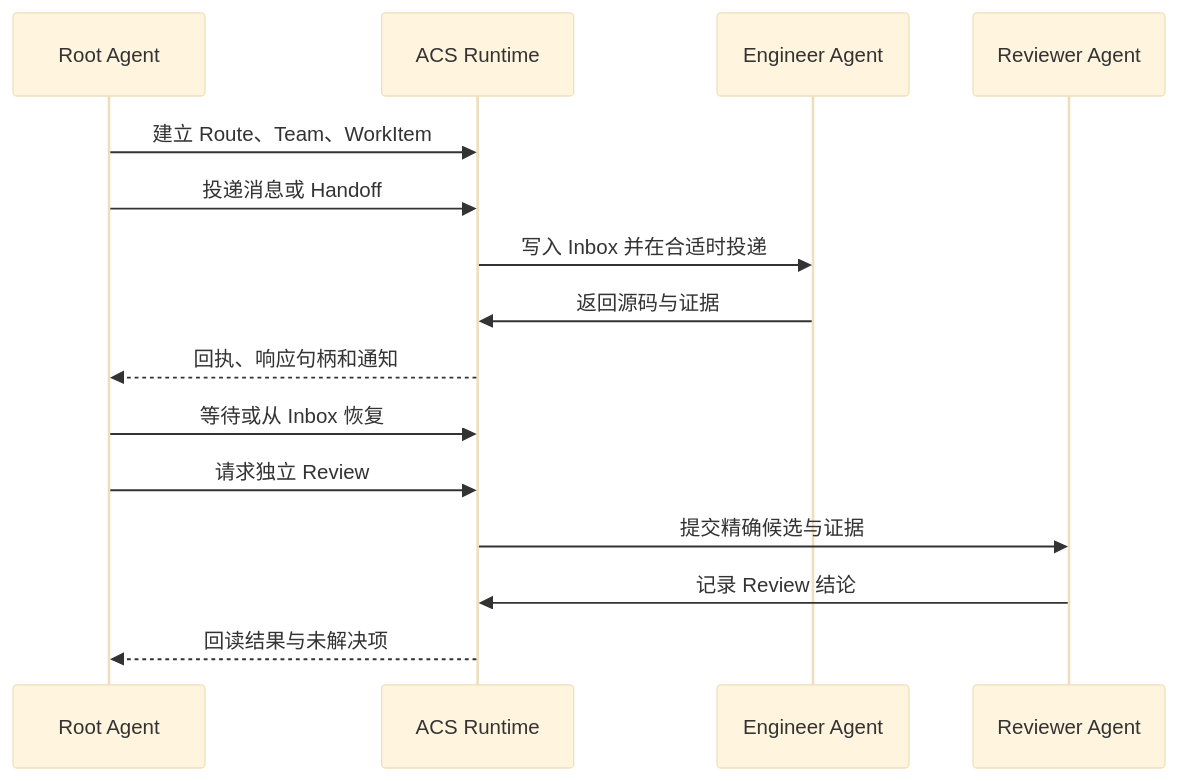
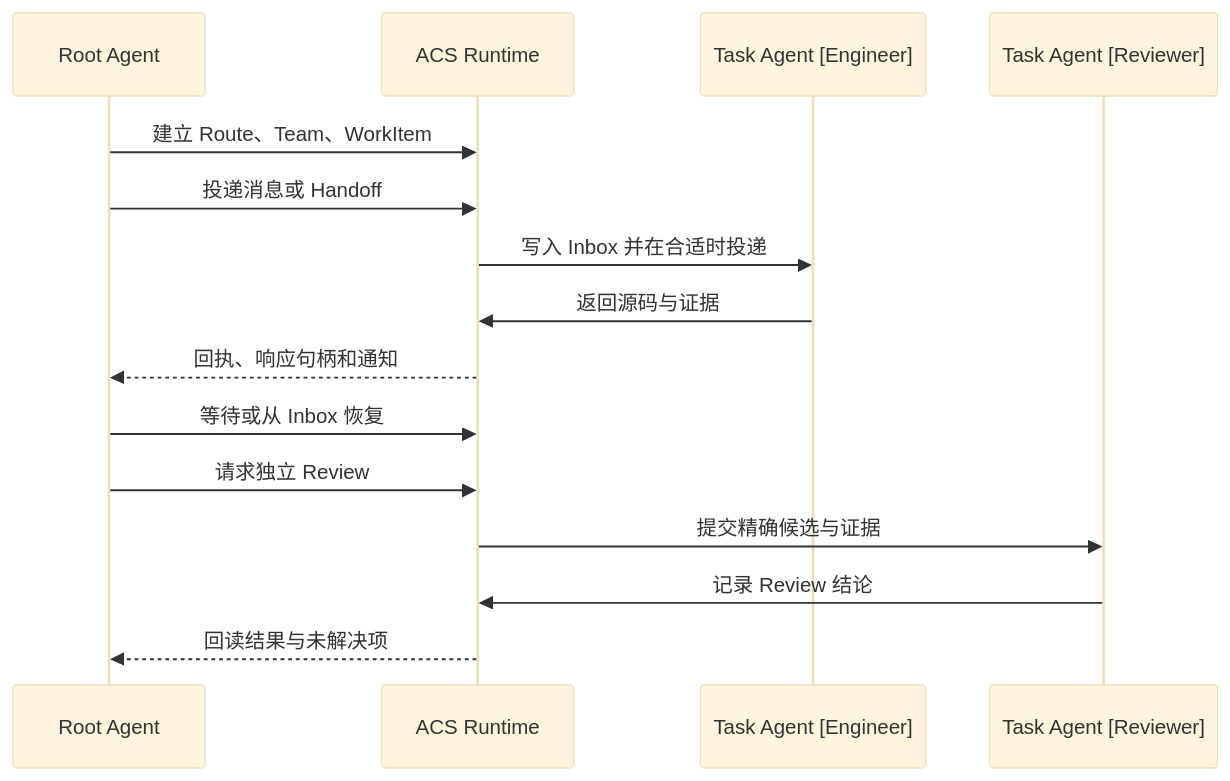
Before and after one commit to D1ChangGeng/Agent-collaboration: the third of 3 diagrams in README.zh-CN.md, drawn with Mermaid (base theme). The commit also changed other lines of this file and 25 other files, not shown here.

````diff
--- a/README.zh-CN.md
+++ b/README.zh-CN.md
@@ -75,17 +95,17 @@
 ```mermaid
 sequenceDiagram
     participant R as Root Agent
     participant C as ACS Runtime
-    participant E as Engineer Agent
-    participant V as Reviewer Agent
+    participant E as Task Agent [Engineer]
+    participant V as Task Agent [Reviewer]
     R->>C: 建立 Route、Team、WorkItem
     R->>C: 投递消息或 Handoff
     C->>E: 写入 Inbox 并在合适时投递
     E->>C: 返回源码与证据
     C-->>R: 回执、响应句柄和通知
     R->>C: 等待或从 Inbox 恢复
     R->>C: 请求独立 Review
     C->>V: 提交精确候选与证据
     V->>C: 记录 Review 结论
     C-->>R: 回读结果与未解决项
 ```
````
